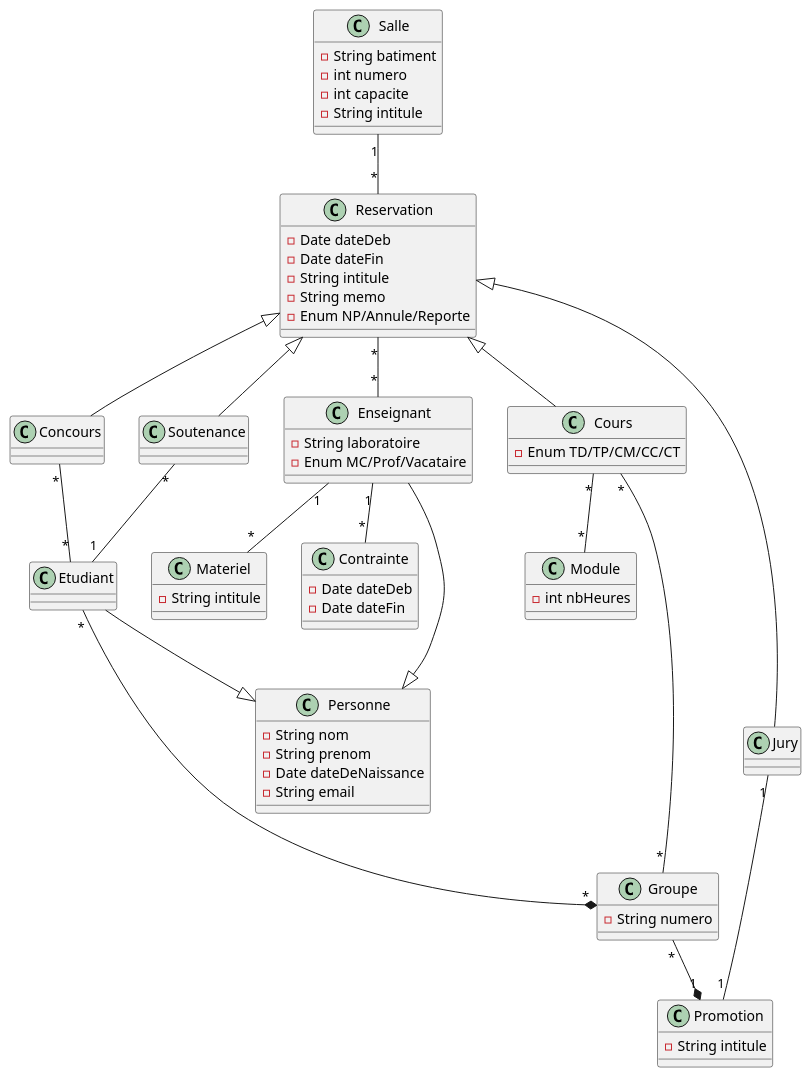
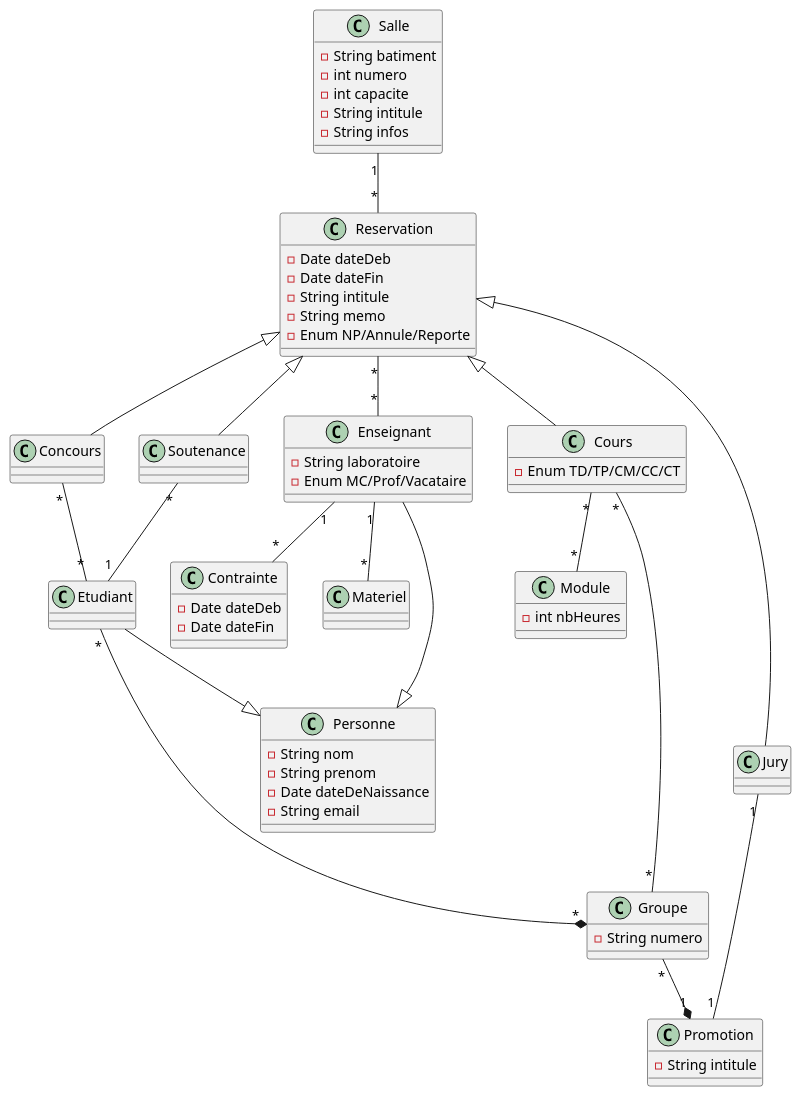
One commit to El-Sashok/UltraPlanning changed the diagram in ClassDiagram.iuml. Above: the diagram before and after it, drawn with PlantUML.

Commit message:
removes class "matreriel"

```diff
--- a/ClassDiagram.iuml
+++ b/ClassDiagram.iuml
@@ -1,95 +1,92 @@
 @startuml
 
 class Salle {
     -String batiment
     -int numero
     -int capacite
     -String intitule
+    -String infos
 }
 
 class Cours {
     -Enum TD/TP/CM/CC/CT
 }
 
 class Personne {
     -String nom
     -String prenom
     -Date dateDeNaissance
     -String email
 }
 
 class Promotion {
     -String intitule
 }
 
 class Module {
     -int nbHeures
-}
-
-class Materiel {
-    -String intitule
 }
 
 class Contrainte {
     -Date dateDeb
     -Date dateFin
 }
 
 class Groupe {
     -String numero
 }
 
 class Etudiant
 
 class Enseignant {
     -String laboratoire
     -Enum MC/Prof/Vacataire
 }
 
 class Reservation {
     -Date dateDeb
     -Date dateFin
     -String intitule
     -String memo
     -Enum NP/Annule/Reporte
 }
 
 class Jury
 
 class Concours 
 
 Salle "1" -- "*" Reservation
 
 Etudiant "*" --* "*" Groupe
 
 Groupe "*" --* "1" Promotion 
 
 Cours "*" ---- "*" Groupe
 
 Cours "*" -- "*" Module
 
 Enseignant "1" -- "*" Materiel
 
 Enseignant "1" -- "*" Contrainte
 
 Cours -up-|> Reservation
 
 Soutenance -up-|> Reservation
 
 Jury -up-|> Reservation
 
 Concours -up-|> Reservation
 
 Etudiant --|> Personne
 
 Enseignant --|> Personne
 
 Concours "*" -- "*" Etudiant
 
 Reservation "*" -- "*" Enseignant
 
 Jury "1" -- "1" Promotion
 
 Soutenance "*" -- "1" Etudiant
 
 @enduml
```
